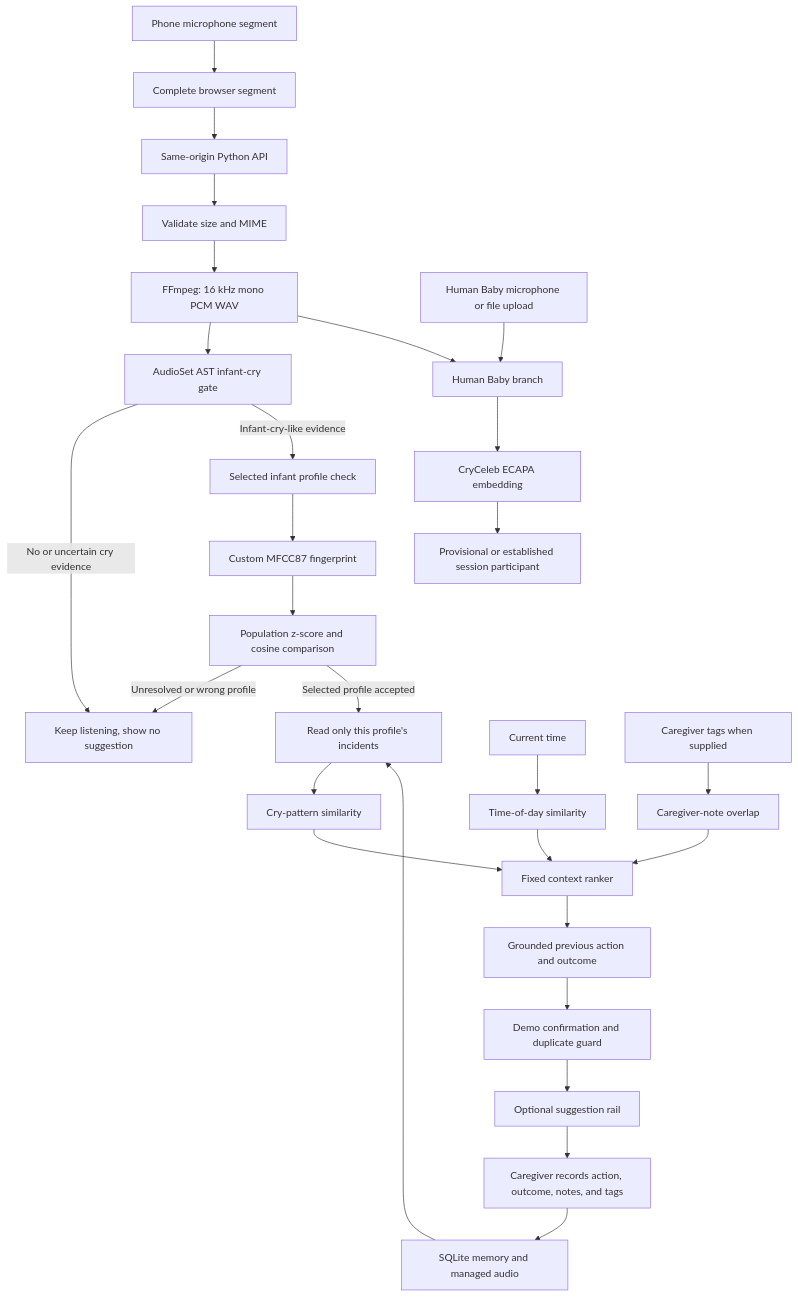
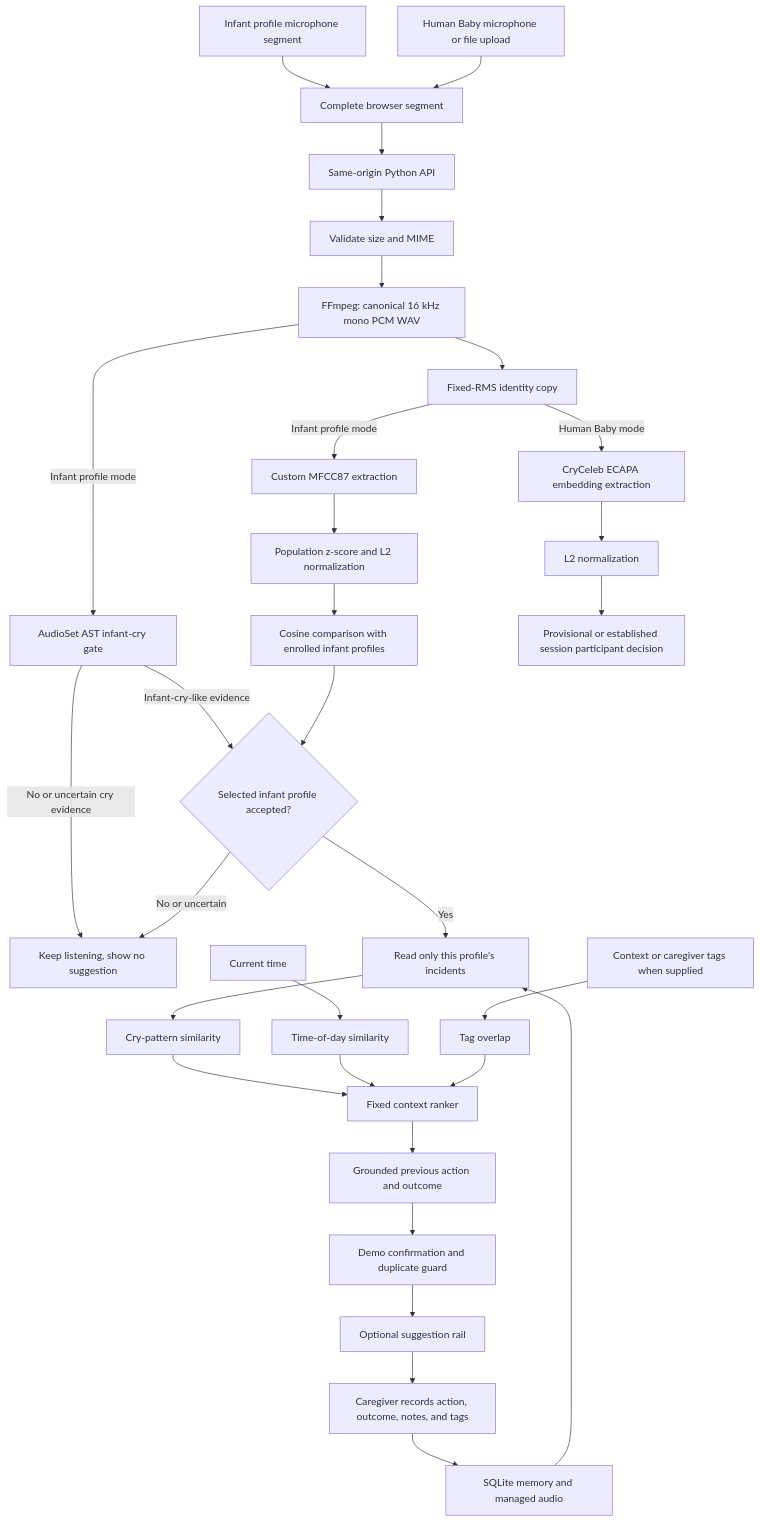
One commit to Prasshanna-S/soothetrace changed the diagram in README.md. Above: the diagram before and after it, drawn with Mermaid. The commit also changed other lines of this file and 13 other files, not shown here.

Commit message:
Correct release architecture and provenance docs

````diff
--- a/README.md
+++ b/README.md
@@ -64,31 +64,34 @@
 ```mermaid
 flowchart TD
-    A["Phone microphone segment"] --> B["Complete browser segment"]
+    A["Infant profile microphone segment"] --> B["Complete browser segment"]
+    Z["Human Baby microphone or file upload"] --> B
     B --> C["Same-origin Python API"]
     C --> D["Validate size and MIME"]
-    D --> E["FFmpeg: 16 kHz mono PCM WAV"]
-    E --> F["AudioSet AST infant-cry gate"]
-    F -->|"No or uncertain cry evidence"| G["Keep listening, show no suggestion"]
-    F -->|"Infant-cry-like evidence"| H["Selected infant profile check"]
-    H --> I["Custom MFCC87 fingerprint"]
-    I --> J["Population z-score and cosine comparison"]
-    J -->|"Unresolved or wrong profile"| G
-    J -->|"Selected profile accepted"| K["Read only this profile's incidents"]
-    K --> L["Cry-pattern similarity"]
-    M["Current time"] --> N["Time-of-day similarity"]
-    O["Caregiver tags when supplied"] --> P["Caregiver-note overlap"]
-    L --> Q["Fixed context ranker"]
-    N --> Q
-    P --> Q
-    Q --> R["Grounded previous action and outcome"]
-    R --> S["Demo confirmation and duplicate guard"]
-    S --> T["Optional suggestion rail"]
-    T --> U["Caregiver records action, outcome, notes, and tags"]
-    U --> V["SQLite memory and managed audio"]
-    V --> K
+    D --> E["FFmpeg: canonical 16 kHz mono PCM WAV"]
+    E --> F["Fixed-RMS identity copy"]
+    E -->|"Infant profile mode"| G["AudioSet AST infant-cry gate"]
+    F -->|"Infant profile mode"| H["Custom MFCC87 extraction"]
+    H --> I["Population z-score and L2 normalization"]
+    I --> J["Cosine comparison with enrolled infant profiles"]
+    G -->|"No or uncertain cry evidence"| K["Keep listening, show no suggestion"]
+    G -->|"Infant-cry-like evidence"| L{"Selected infant profile accepted?"}
+    J --> L
+    L -->|"No or uncertain"| K
+    L -->|"Yes"| M["Read only this profile's incidents"]
+    M --> N["Cry-pattern similarity"]
+    O["Current time"] --> P["Time-of-day similarity"]
+    Q["Context or caregiver tags when supplied"] --> R["Tag overlap"]
+    N --> S["Fixed context ranker"]
+    P --> S
+    R --> S
+    S --> T["Grounded previous action and outcome"]
+    T --> U["Demo confirmation and duplicate guard"]
+    U --> V["Optional suggestion rail"]
+    V --> W["Caregiver records action, outcome, notes, and tags"]
+    W --> X["SQLite memory and managed audio"]
+    X --> M
 
-    Z["Human Baby microphone or file upload"] --> W["Human Baby branch"]
-    E --> W
-    W --> X["CryCeleb ECAPA embedding"]
-    X --> Y["Provisional or established session participant"]
+    F -->|"Human Baby mode"| Y["CryCeleb ECAPA embedding extraction"]
+    Y --> YA["L2 normalization"]
+    YA --> YB["Provisional or established session participant decision"]
 ```
````
